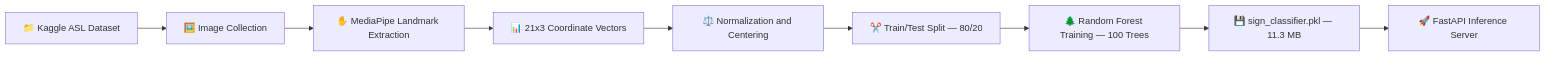
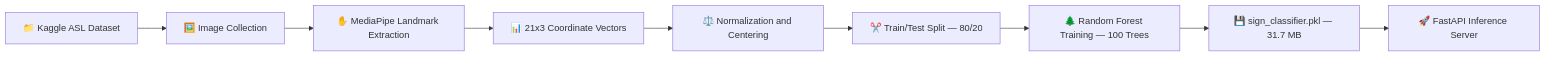
The fourth of 4 diagrams in README.md (Pro1943/SignBridgeV2), drawn with Mermaid before and after one commit. The commit also changed other lines of this file, not shown here.

````diff
--- a/README.md
+++ b/README.md
@@ -233,11 +233,11 @@
 ```mermaid
 flowchart LR
     A["📁 Kaggle ASL Dataset"] --> B["🖼️ Image Collection"]
     B --> C["✋ MediaPipe Landmark Extraction"]
     C --> D["📊 21x3 Coordinate Vectors"]
     D --> E["⚖️ Normalization and Centering"]
     E --> F["✂️ Train/Test Split — 80/20"]
     F --> G["🌲 Random Forest Training — 100 Trees"]
-    G --> H["💾 sign_classifier.pkl — 11.3 MB"]
+    G --> H["💾 sign_classifier.pkl — 31.7 MB"]
     H --> I["🚀 FastAPI Inference Server"]
 ```
````
